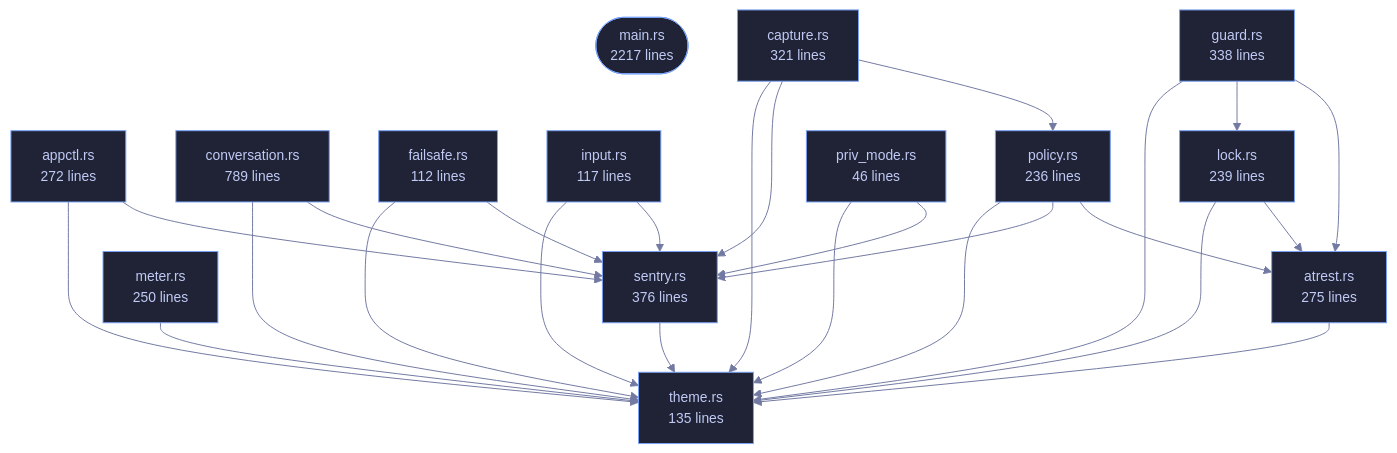
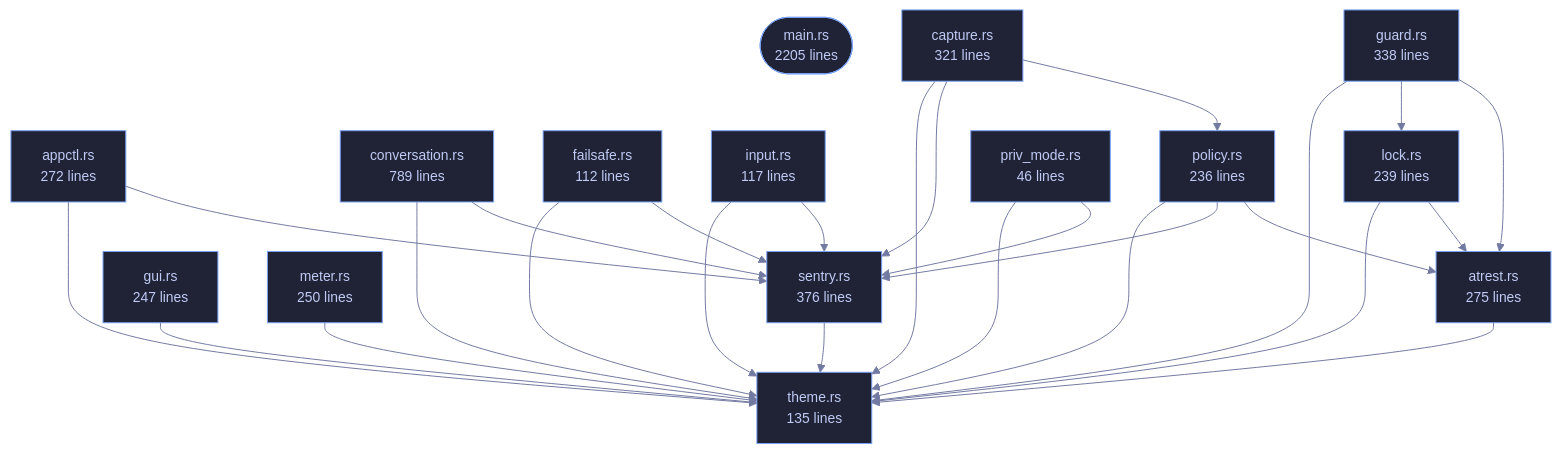
The diagram in crates/veilvoice-cli/README.md (tilas01/veilvoice), drawn with Mermaid before and after one commit. The commit also changed other lines of this file and 23 other files, not shown here.

````diff
--- a/crates/veilvoice-cli/README.md
+++ b/crates/veilvoice-cli/README.md
@@ -110,56 +110,59 @@
 ```mermaid
 %%{init: {"theme":"base","themeVariables":{"background":"#1a1b26","primaryColor":"#1f2335","primaryTextColor":"#c0caf5","primaryBorderColor":"#7aa2f7","secondaryColor":"#16161e","tertiaryColor":"#16161e","lineColor":"#737aa2","textColor":"#c0caf5","mainBkg":"#1f2335","nodeBorder":"#7aa2f7","clusterBkg":"#16161e","clusterBorder":"#2f3549","fontFamily":"ui-monospace, SFMono-Regular, Consolas, monospace","fontSize":"14px"}}}%%
 flowchart TD
-    n_main(["main.rs<br/>2217 lines"])
+    n_main(["main.rs<br/>2205 lines"])
     n_appctl["appctl.rs<br/>272 lines"]
     n_atrest["atrest.rs<br/>275 lines"]
     n_capture["capture.rs<br/>321 lines"]
     n_conversation["conversation.rs<br/>789 lines"]
     n_failsafe["failsafe.rs<br/>112 lines"]
     n_guard["guard.rs<br/>338 lines"]
+    n_gui["gui.rs<br/>247 lines"]
     n_input["input.rs<br/>117 lines"]
     n_lock["lock.rs<br/>239 lines"]
     n_meter["meter.rs<br/>250 lines"]
     n_policy["policy.rs<br/>236 lines"]
     n_priv_mode["priv_mode.rs<br/>46 lines"]
     n_sentry["sentry.rs<br/>376 lines"]
     n_theme["theme.rs<br/>135 lines"]
     n_appctl --> n_sentry
     n_appctl --> n_theme
     n_atrest --> n_theme
     n_capture --> n_policy
     n_capture --> n_sentry
     n_capture --> n_theme
     n_conversation --> n_sentry
     n_conversation --> n_theme
     n_failsafe --> n_sentry
     n_failsafe --> n_theme
     n_guard --> n_atrest
     n_guard --> n_lock
     n_guard --> n_theme
+    n_gui --> n_theme
     n_input --> n_sentry
     n_input --> n_theme
     n_lock --> n_atrest
     n_lock --> n_theme
     n_meter --> n_theme
     n_policy --> n_atrest
     n_policy --> n_sentry
     n_policy --> n_theme
     n_priv_mode --> n_sentry
     n_priv_mode --> n_theme
     n_sentry --> n_theme
     click n_main href "https://github.com/tilas01/veilvoice/blob/main/crates/veilvoice-cli/src/main.rs" "open the source"
     click n_appctl href "https://github.com/tilas01/veilvoice/blob/main/crates/veilvoice-cli/src/appctl.rs" "open the source"
     click n_atrest href "https://github.com/tilas01/veilvoice/blob/main/crates/veilvoice-cli/src/atrest.rs" "open the source"
     click n_capture href "https://github.com/tilas01/veilvoice/blob/main/crates/veilvoice-cli/src/capture.rs" "open the source"
     click n_conversation href "https://github.com/tilas01/veilvoice/blob/main/crates/veilvoice-cli/src/conversation.rs" "open the source"
     click n_failsafe href "https://github.com/tilas01/veilvoice/blob/main/crates/veilvoice-cli/src/failsafe.rs" "open the source"
     click n_guard href "https://github.com/tilas01/veilvoice/blob/main/crates/veilvoice-cli/src/guard.rs" "open the source"
+    click n_gui href "https://github.com/tilas01/veilvoice/blob/main/crates/veilvoice-cli/src/gui.rs" "open the source"
     click n_input href "https://github.com/tilas01/veilvoice/blob/main/crates/veilvoice-cli/src/input.rs" "open the source"
     click n_lock href "https://github.com/tilas01/veilvoice/blob/main/crates/veilvoice-cli/src/lock.rs" "open the source"
     click n_meter href "https://github.com/tilas01/veilvoice/blob/main/crates/veilvoice-cli/src/meter.rs" "open the source"
     click n_policy href "https://github.com/tilas01/veilvoice/blob/main/crates/veilvoice-cli/src/policy.rs" "open the source"
     click n_priv_mode href "https://github.com/tilas01/veilvoice/blob/main/crates/veilvoice-cli/src/priv_mode.rs" "open the source"
     click n_sentry href "https://github.com/tilas01/veilvoice/blob/main/crates/veilvoice-cli/src/sentry.rs" "open the source"
     click n_theme href "https://github.com/tilas01/veilvoice/blob/main/crates/veilvoice-cli/src/theme.rs" "open the source"
 ```
````
